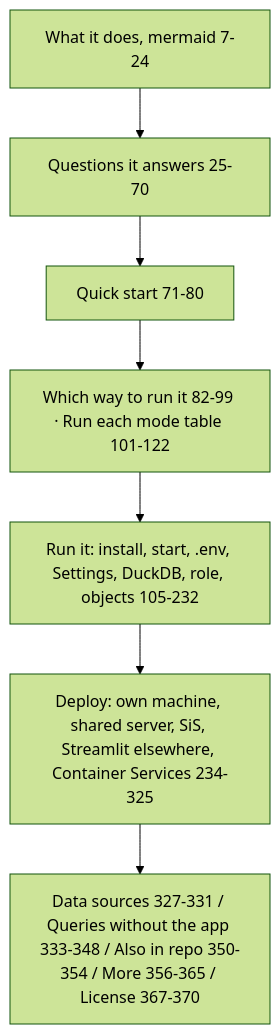
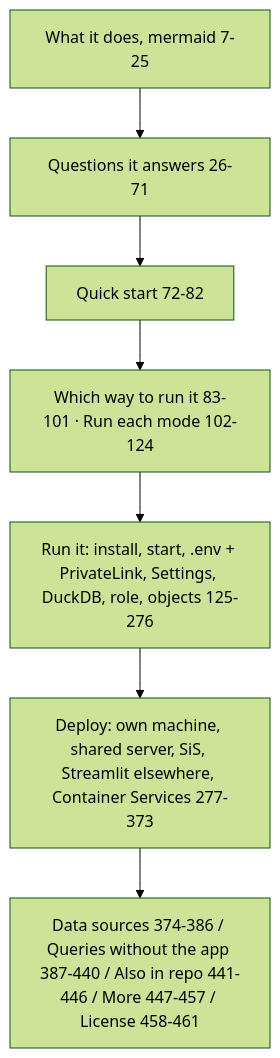
The diagram in snowflake-access-explorer-knowledge-graph/documents/readme-md.md (darshanmeel/snowflake-access-explorer), drawn with Mermaid (forest theme) before and after one commit. The commit also changed other lines of this file and 24 other files, not shown here.

Commit message:
Knowledge graph: PrivateLink login (README.md and README.html), README line refs refreshed

````diff
--- a/snowflake-access-explorer-knowledge-graph/documents/readme-md.md
+++ b/snowflake-access-explorer-knowledge-graph/documents/readme-md.md
@@ -4,9 +4,9 @@
 ```mermaid
 flowchart TD
-  A[What it does, mermaid 7-24] --> B[Questions it answers 25-70]
-  B --> C[Quick start 71-80]
-  C --> D[Which way to run it 82-99 · Run each mode table 101-122]
-  D --> E[Run it: install, start, .env, Settings, DuckDB, role, objects 105-232]
-  E --> F[Deploy: own machine, shared server, SiS, Streamlit elsewhere, Container Services 234-325]
-  F --> G[Data sources 327-331 / Queries without the app 333-348 / Also in repo 350-354 / More 356-365 / License 367-370]
+  A[What it does, mermaid 7-25] --> B[Questions it answers 26-71]
+  B --> C[Quick start 72-82]
+  C --> D[Which way to run it 83-101 · Run each mode 102-124]
+  D --> E[Run it: install, start, .env + PrivateLink, Settings, DuckDB, role, objects 125-276]
+  E --> F[Deploy: own machine, shared server, SiS, Streamlit elsewhere, Container Services 277-373]
+  F --> G[Data sources 374-386 / Queries without the app 387-440 / Also in repo 441-446 / More 447-457 / License 458-461]
 ```
````
